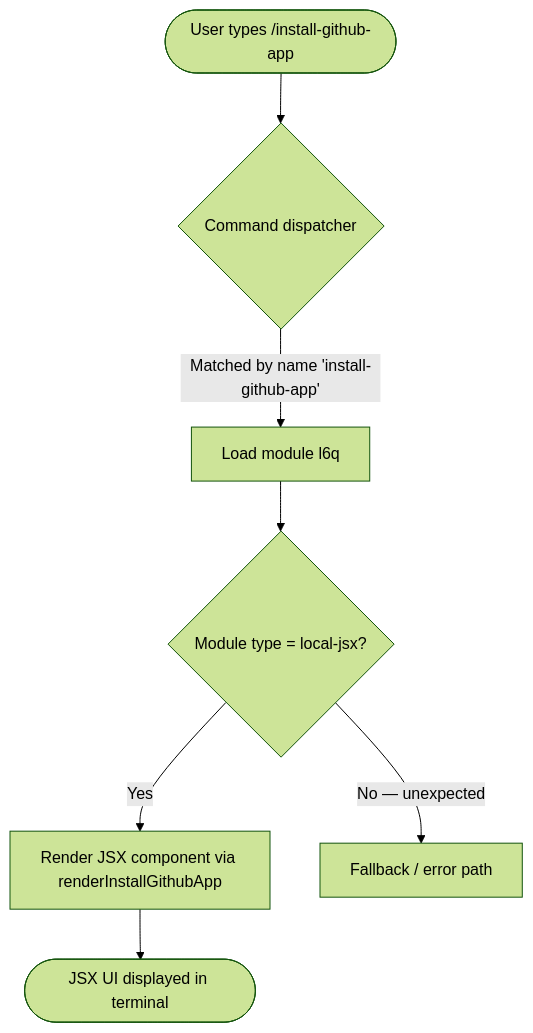
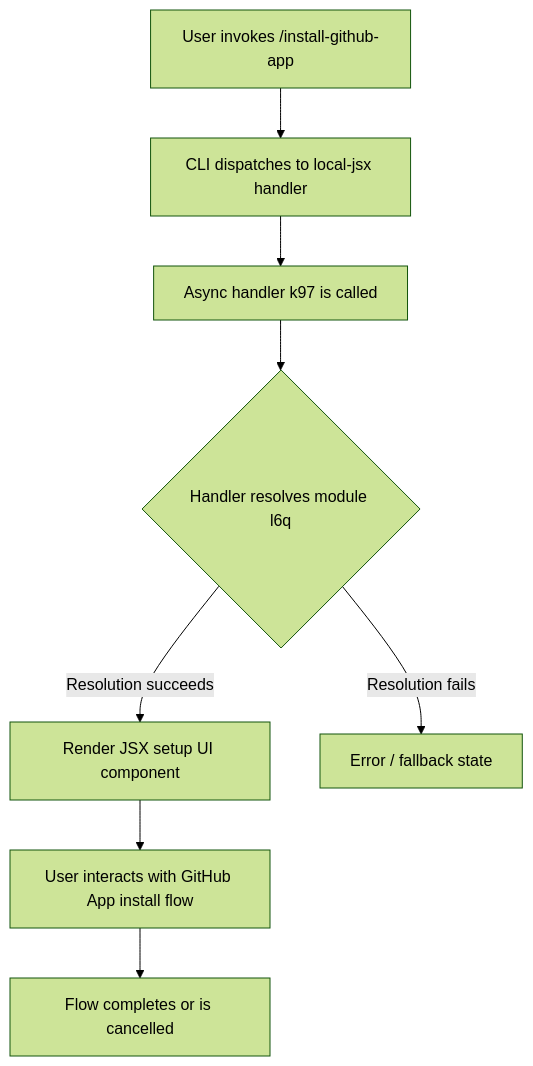
One commit to MyLittleLuckyDog/cc-gnothi changed the diagram in versions/v2.1.132/install-github-app.md. Above: the diagram before and after it, drawn with Mermaid (forest theme). The commit also changed other lines of this file and 96 other files, not shown here.

````diff
--- a/versions/v2.1.132/install-github-app.md
+++ b/versions/v2.1.132/install-github-app.md
@@ -46,9 +59,10 @@
 ```mermaid
 flowchart TD
-    A([User types /install-github-app]) --> B{Command dispatcher}
-    B -->|Matched by name 'install-github-app'| C[Load module l6q]
-    C --> D{Module type = local-jsx?}
-    D -->|Yes| E[Render JSX component via renderInstallGithubApp]
-    D -->|No — unexpected| F[Fallback / error path]
-    E --> G([JSX UI displayed in terminal])
+    A[User invokes /install-github-app] --> B[CLI dispatches to local-jsx handler]
+    B --> C[Async handler k97 is called]
+    C --> D{Handler resolves module l6q}
+    D -->|Resolution succeeds| E[Render JSX setup UI component]
+    D -->|Resolution fails| F[Error / fallback state]
+    E --> G[User interacts with GitHub App install flow]
+    G --> H[Flow completes or is cancelled]
 ```
````
